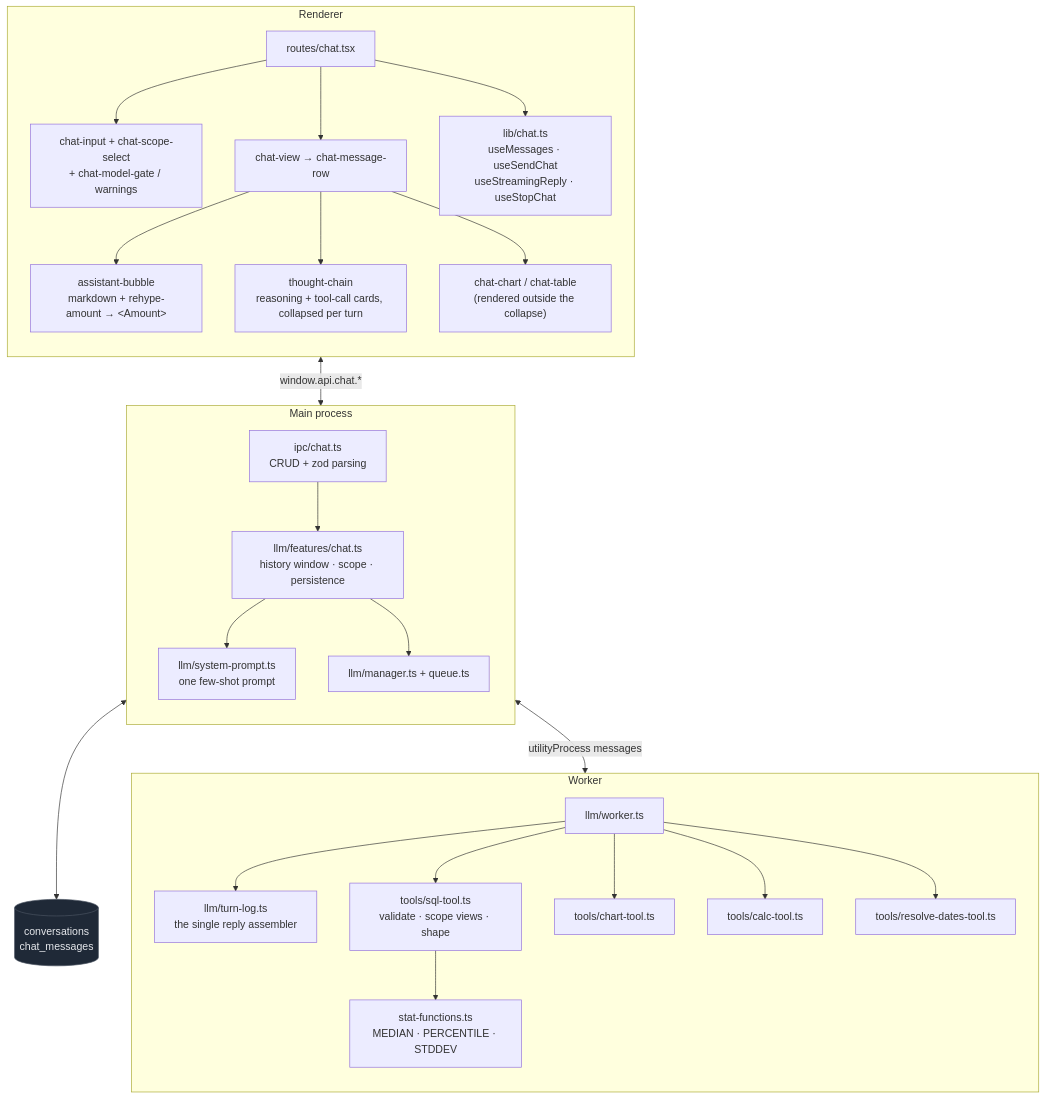
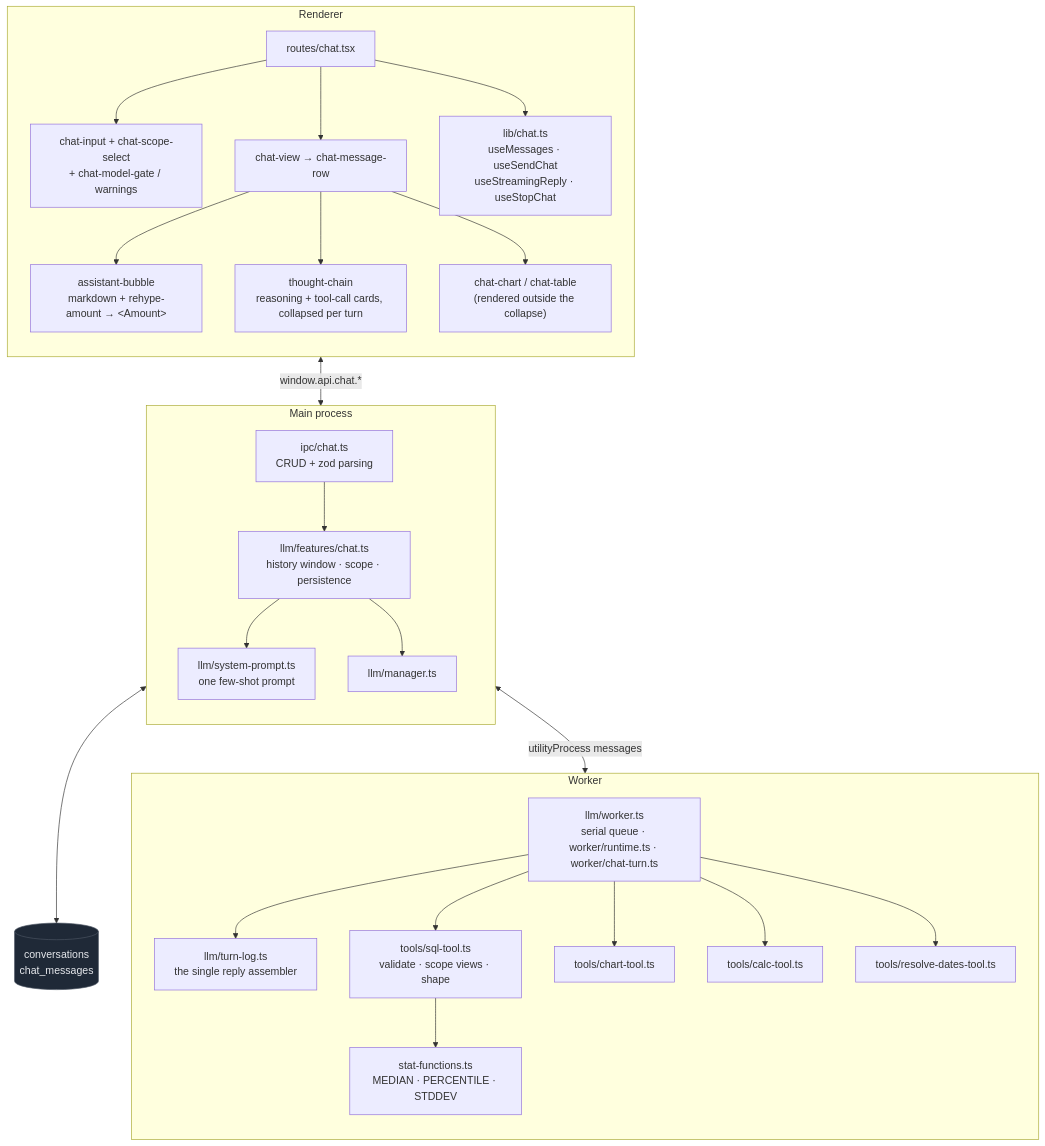
Before and after one commit to rafeautie/shmoney: the fifth of 6 diagrams in docs/ARCHITECTURE.md, drawn with Mermaid. The commit also changed other lines of this file and 18 other files, not shown here.

First line of the commit message:
Make the LLM worker the single owner of the model lifecycle

````diff
--- a/docs/ARCHITECTURE.md
+++ b/docs/ARCHITECTURE.md
@@ -189,49 +189,49 @@
 ```mermaid
 flowchart TB
     subgraph rend["Renderer"]
         direction TB
         page["routes/chat.tsx"]
         input["chat-input + chat-scope-select<br/>+ chat-model-gate / warnings"]
         view["chat-view → chat-message-row"]
         hooks["lib/chat.ts<br/>useMessages · useSendChat<br/>useStreamingReply · useStopChat"]
         page --> input
         page --> view
         page --> hooks
         view --> bubble["assistant-bubble<br/>markdown + rehype-amount → &lt;Amount&gt;"]
         view --> chain["thought-chain<br/>reasoning + tool-call cards, collapsed per turn"]
         view --> cchart["chat-chart / chat-table<br/>(rendered outside the collapse)"]
     end
 
     subgraph mainp["Main process"]
         direction TB
         ipcchat["ipc/chat.ts<br/>CRUD + zod parsing"]
         feat["llm/features/chat.ts<br/>history window · scope · persistence"]
         prompt["llm/system-prompt.ts<br/>one few-shot prompt"]
-        mgr["llm/manager.ts + queue.ts"]
+        mgr["llm/manager.ts"]
         ipcchat --> feat --> prompt
         feat --> mgr
     end
 
     subgraph wk["Worker"]
         direction TB
-        w["llm/worker.ts"]
+        w["llm/worker.ts<br/>serial queue · worker/runtime.ts · worker/chat-turn.ts"]
         tl["llm/turn-log.ts<br/>the single reply assembler"]
         t1["tools/sql-tool.ts<br/>validate · scope views · shape"]
         t2["tools/chart-tool.ts"]
         t3["tools/calc-tool.ts"]
         t4["tools/resolve-dates-tool.ts"]
         st["stat-functions.ts<br/>MEDIAN · PERCENTILE · STDDEV"]
         w --> tl
         w --> t1 --> st
         w --> t2
         w --> t3
         w --> t4
     end
 
     hooks <-->|"window.api.chat.*"| ipcchat
     mgr <-->|"utilityProcess messages"| w
     feat <--> convdb[("conversations<br/>chat_messages")]
 
     classDef store fill:#1f2937,stroke:#4b5563,color:#e5e7eb
     class convdb store
 ```
````
